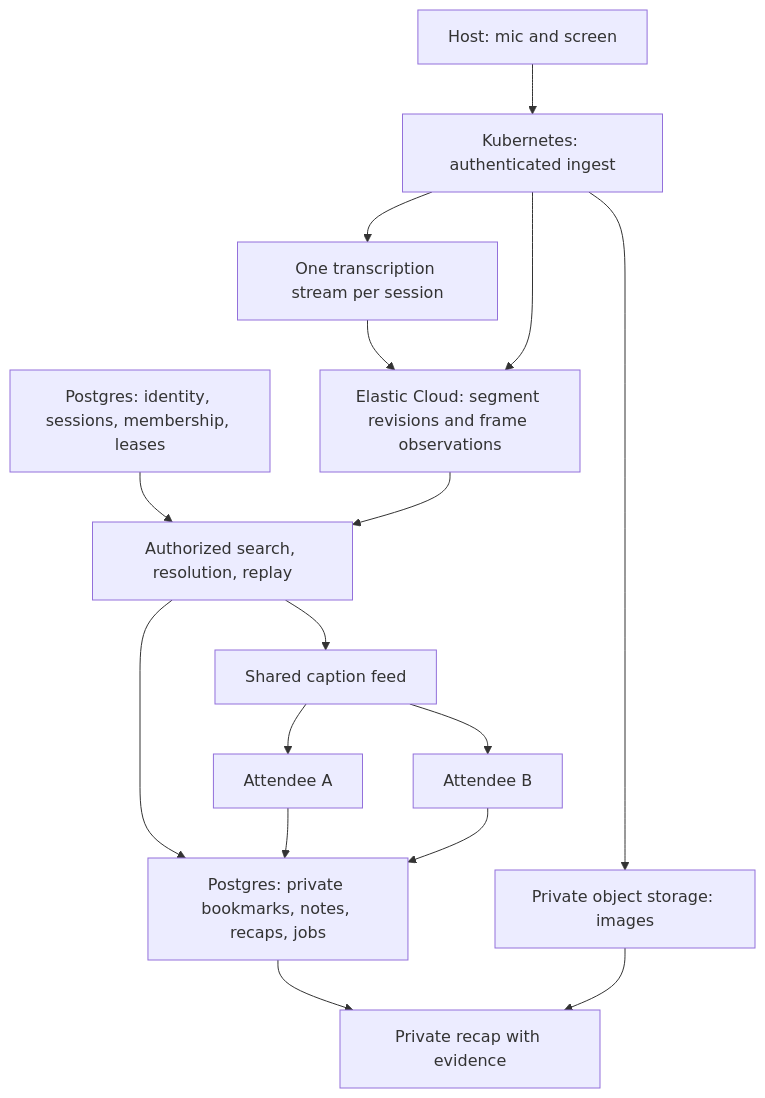
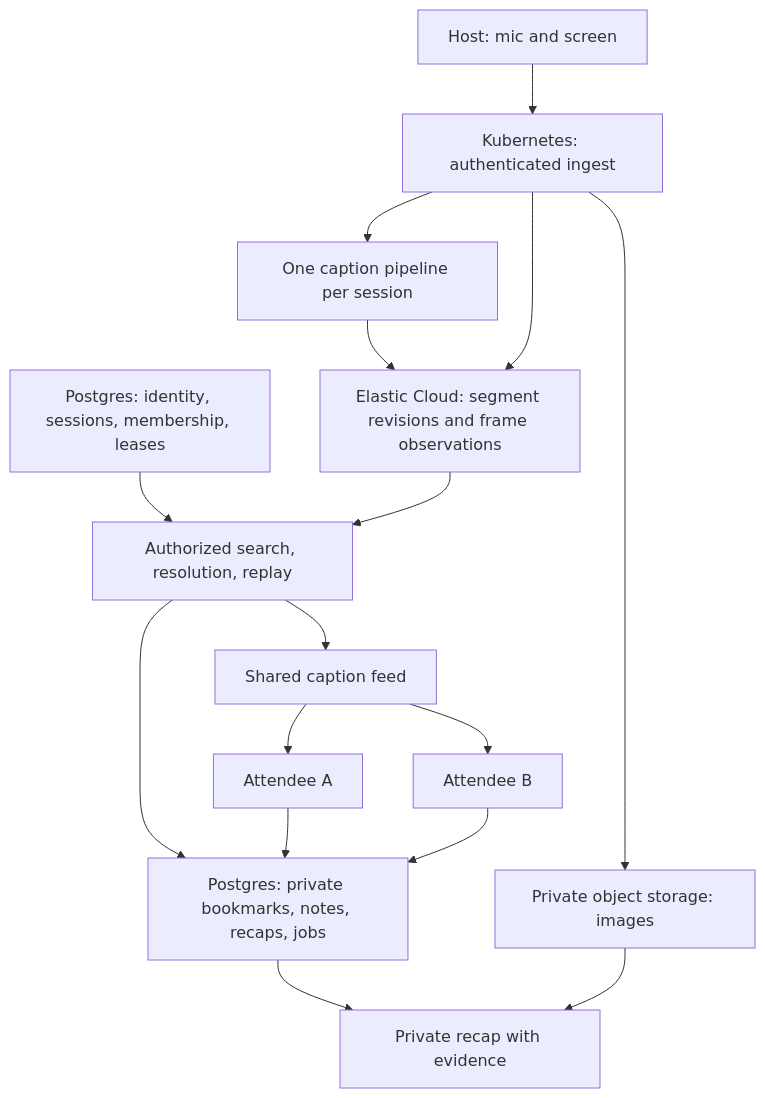
Before and after one commit to drewrasm/simon-says: the first of 2 diagrams in docs/architecture.md, drawn with Mermaid. The commit also changed other lines of this file and 7 other files, not shown here.

````diff
--- a/docs/architecture.md
+++ b/docs/architecture.md
@@ -7,18 +7,18 @@
 ```mermaid
 flowchart TD
   Host[Host: mic and screen] --> Ingest[Kubernetes: authenticated ingest]
-  Ingest --> STT[One transcription stream per session]
+  Ingest --> STT[One caption pipeline per session]
   STT --> Content[Elastic Cloud: segment revisions and frame observations]
   Ingest --> Content
   Ingest --> Media[Private object storage: images]
   Access[Postgres: identity, sessions, membership, leases] --> Reads[Authorized search, resolution, replay]
   Content --> Reads
   Reads --> Selections
   Reads --> Feed[Shared caption feed]
   Feed --> A[Attendee A]
   Feed --> B[Attendee B]
   A --> Selections[Postgres: private bookmarks, notes, recaps, jobs]
   B --> Selections
   Selections --> Recap[Private recap with evidence]
   Media --> Recap
 ```
````
